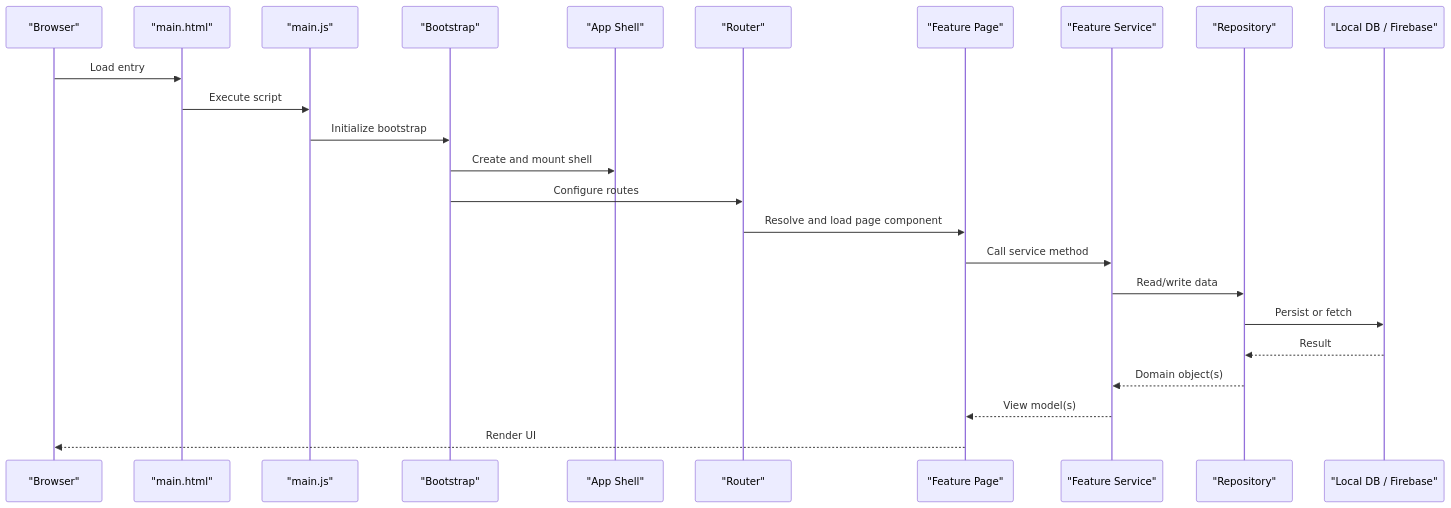
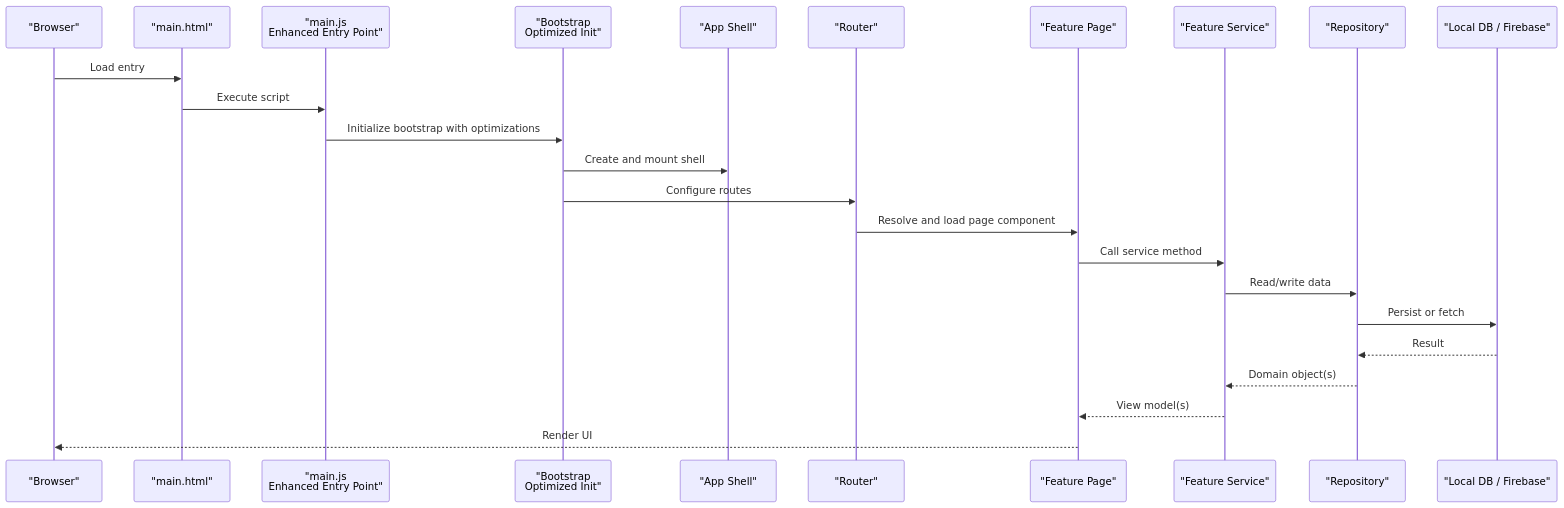
One commit to iliyas77/MTF-monitor changed the second of 13 diagrams in .qoder/repowiki/en/content/Architecture Overview/System Architecture.md. Above: the diagram before and after it, drawn with Mermaid. The commit also changed other lines of this file and 13 other files, not shown here.

````diff
--- a/.qoder/repowiki/en/content/Architecture Overview/System Architecture.md
+++ b/.qoder/repowiki/en/content/Architecture Overview/System Architecture.md
@@ -132,26 +142,26 @@
 ```mermaid
 sequenceDiagram
 participant Browser as "Browser"
 participant HTML as "main.html"
-participant Main as "main.js"
-participant Boot as "Bootstrap"
+participant Main as "main.js<br/>Enhanced Entry Point"
+participant Boot as "Bootstrap<br/>Optimized Init"
 participant Shell as "App Shell"
 participant Router as "Router"
 participant Page as "Feature Page"
 participant Svc as "Feature Service"
 participant Repo as "Repository"
 participant DB as "Local DB / Firebase"
 Browser->>HTML : Load entry
 HTML->>Main : Execute script
-Main->>Boot : Initialize bootstrap
+Main->>Boot : Initialize bootstrap with optimizations
 Boot->>Shell : Create and mount shell
 Boot->>Router : Configure routes
 Router->>Page : Resolve and load page component
 Page->>Svc : Call service method
 Svc->>Repo : Read/write data
 Repo->>DB : Persist or fetch
 DB-->>Repo : Result
 Repo-->>Svc : Domain object(s)
 Svc-->>Page : View model(s)
 Page-->>Browser : Render UI
 ```
````
